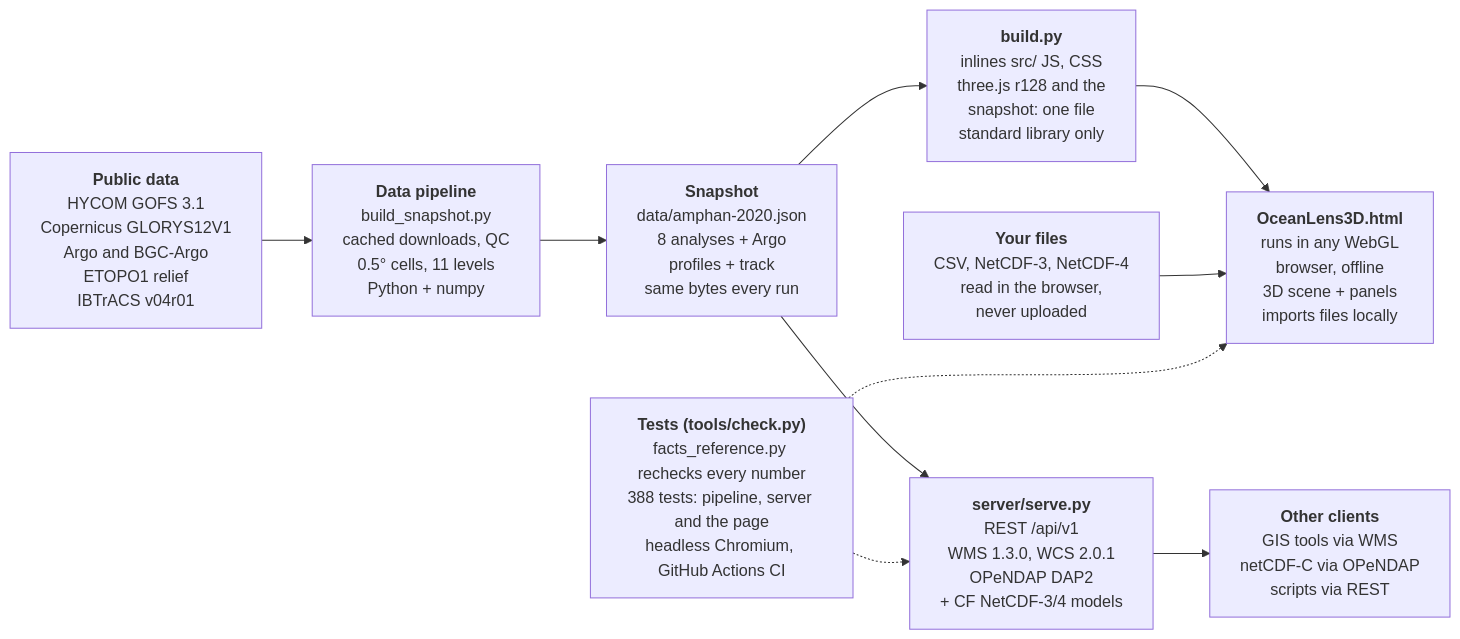
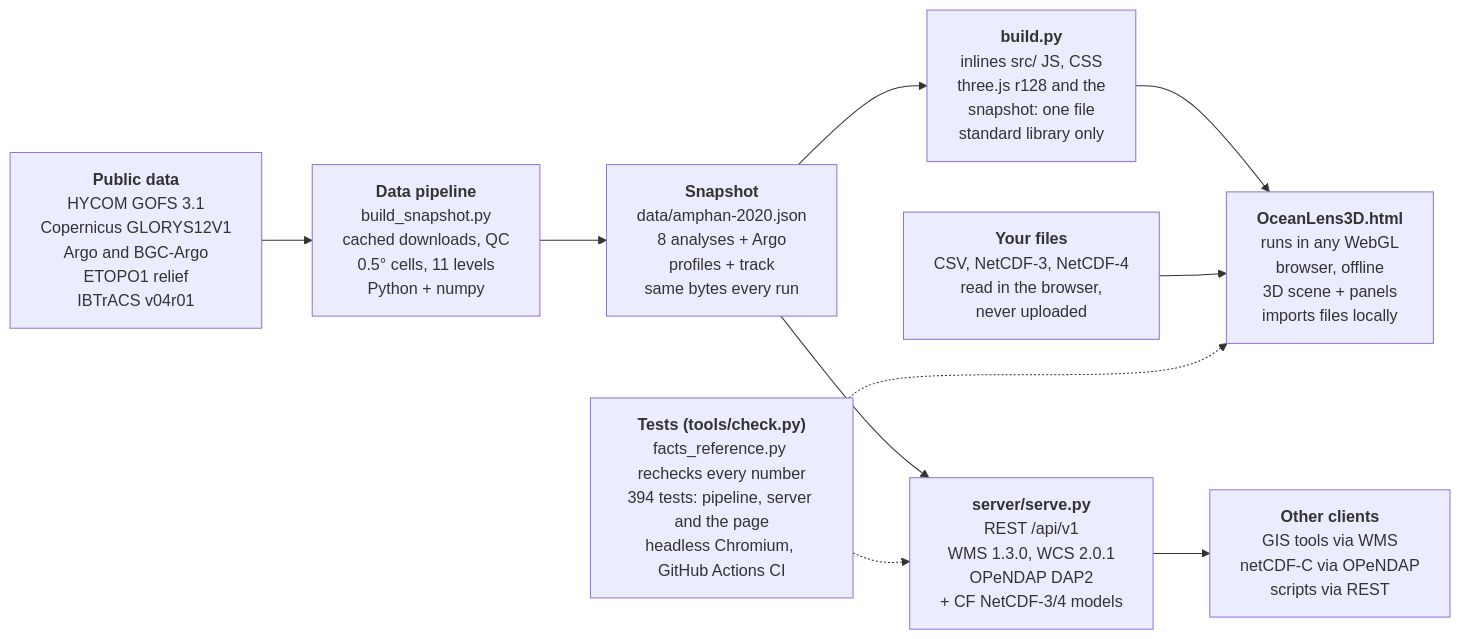
Before and after one commit to Rehaan15790/OceanLens-3D: the second of 2 diagrams in docs/PRESENTER_GUIDE.md, drawn with Mermaid. The commit also changed other lines of this file and 28 other files, not shown here.

````diff
--- a/docs/PRESENTER_GUIDE.md
+++ b/docs/PRESENTER_GUIDE.md
@@ -327,17 +327,17 @@
 ```mermaid
 flowchart LR
   SRC["<b>Public data</b><br/>HYCOM GOFS 3.1<br/>Copernicus GLORYS12V1<br/>Argo and BGC-Argo<br/>ETOPO1 relief<br/>IBTrACS v04r01"]
   PIPE["<b>Data pipeline</b><br/>build_snapshot.py<br/>cached downloads, QC<br/>0.5° cells, 11 levels<br/>Python + numpy"]
   SNAP["<b>Snapshot</b><br/>data/amphan-2020.json<br/>8 analyses + Argo<br/>profiles + track<br/>same bytes every run"]
   BUILD["<b>build.py</b><br/>inlines src/ JS, CSS<br/>three.js r128 and the<br/>snapshot: one file<br/>standard library only"]
   APP["<b>OceanLens3D.html</b><br/>runs in any WebGL<br/>browser, offline<br/>3D scene + panels<br/>imports files locally"]
   SRV["<b>server/serve.py</b><br/>REST /api/v1<br/>WMS 1.3.0, WCS 2.0.1<br/>OPeNDAP DAP2<br/>+ CF NetCDF-3/4 models"]
   CLI["<b>Other clients</b><br/>GIS tools via WMS<br/>netCDF-C via OPeNDAP<br/>scripts via REST"]
   FILES["<b>Your files</b><br/>CSV, NetCDF-3, NetCDF-4<br/>read in the browser,<br/>never uploaded"]
-  TESTS["<b>Tests (tools/check.py)</b><br/>facts_reference.py rechecks every number<br/>388 tests: pipeline, server and the page<br/>headless Chromium, GitHub Actions CI"]
+  TESTS["<b>Tests (tools/check.py)</b><br/>facts_reference.py rechecks every number<br/>394 tests: pipeline, server and the page<br/>headless Chromium, GitHub Actions CI"]
   SRC --> PIPE --> SNAP --> BUILD --> APP
   SNAP --> SRV --> CLI
   FILES --> APP
   TESTS -.-> SRV
   TESTS -.-> APP
 ```
````
